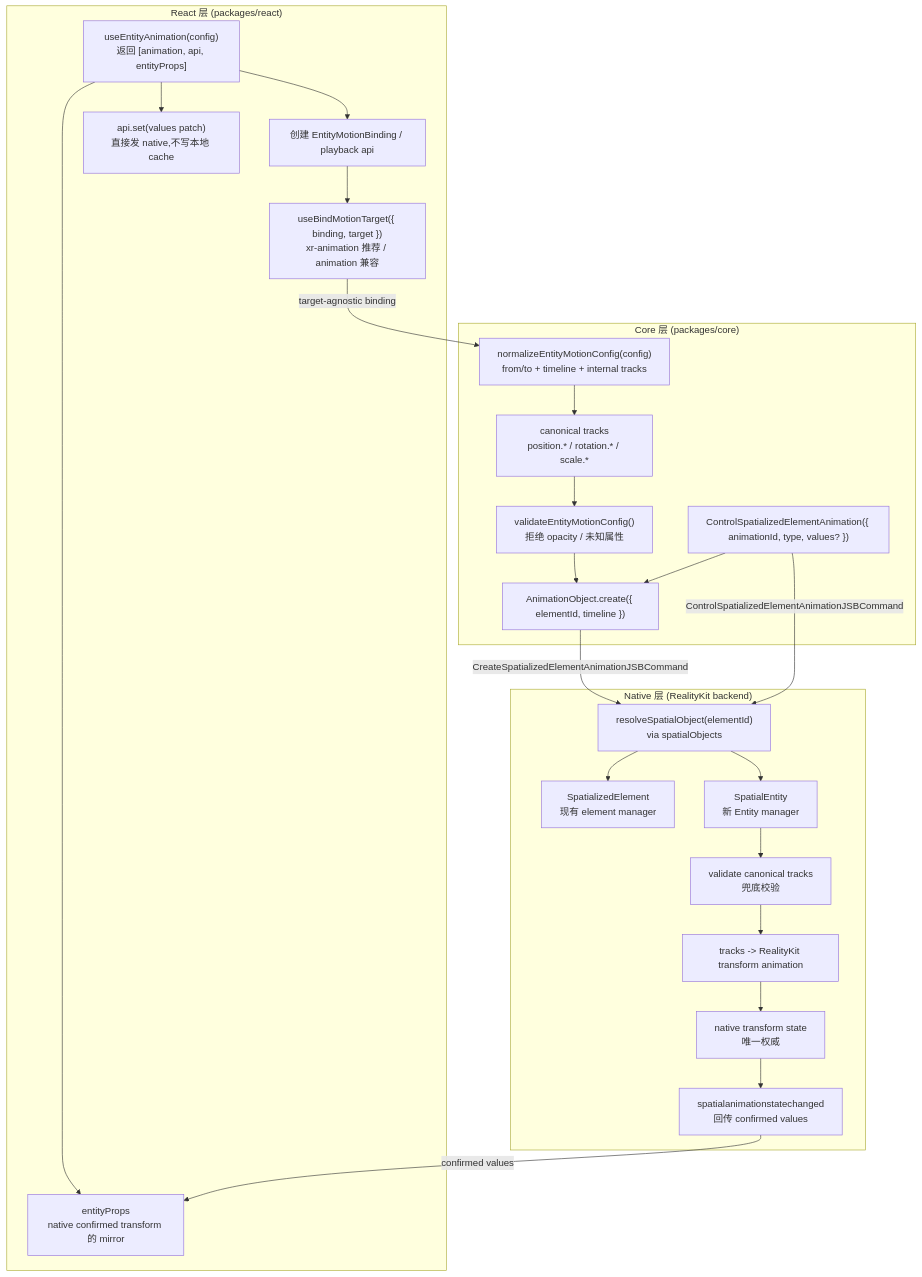
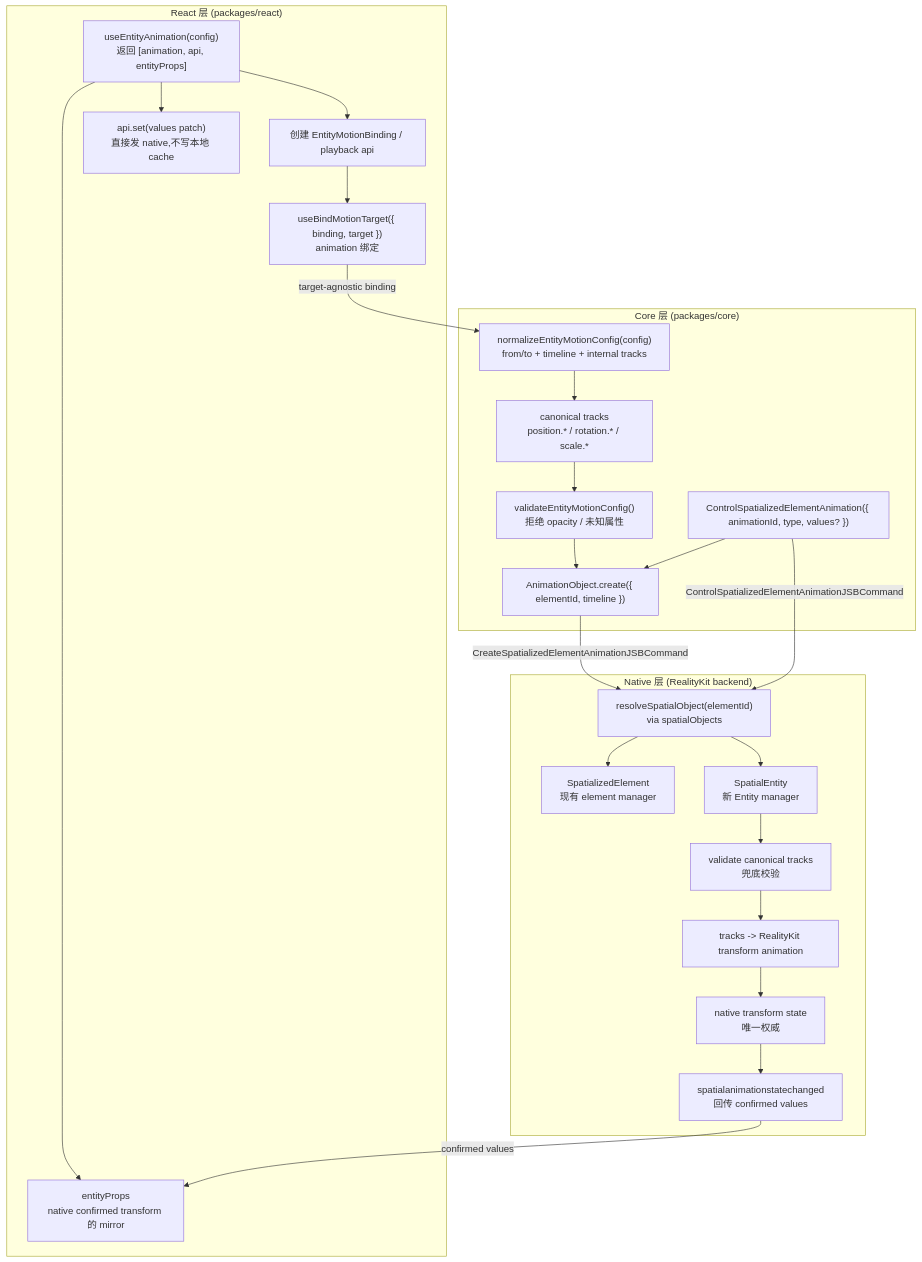
One commit to webspatial/webspatial-sdk changed the first of 11 diagrams in openspec/changes/redesign-entity-motion-api/design.zh.md. Above: the diagram before and after it, drawn with Mermaid. The commit also changed other lines of this file and 10 other files, not shown here.

````diff
--- a/openspec/changes/redesign-entity-motion-api/design.zh.md
+++ b/openspec/changes/redesign-entity-motion-api/design.zh.md
@@ -83,50 +83,50 @@
 ```mermaid
 flowchart TB
     subgraph React["React 层 (packages/react)"]
         UseEntity["useEntityAnimation(config)<br/>返回 [animation, api, entityProps]"]
         ReactBinding["创建 EntityMotionBinding / playback api"]
         EntityProps["entityProps<br/>native confirmed transform 的 mirror"]
         ApiSet["api.set(values patch)<br/>直接发 native,不写本地 cache"]
-        BindTarget["useBindMotionTarget({ binding, target })<br/>xr-animation 推荐 / animation 兼容"]
+        BindTarget["useBindMotionTarget({ binding, target })<br/>animation 绑定"]
 
         UseEntity --> ReactBinding
         UseEntity --> EntityProps
         UseEntity --> ApiSet
         ReactBinding --> BindTarget
     end
 
     subgraph Core["Core 层 (packages/core)"]
         Normalize["normalizeEntityMotionConfig(config)<br/>from/to + timeline + internal tracks"]
         Tracks["canonical tracks<br/>position.* / rotation.* / scale.*"]
         Validate["validateEntityMotionConfig()<br/>拒绝 opacity / 未知属性"]
         CreateObject["AnimationObject.create({ elementId, timeline })"]
         ControlObject["ControlSpatializedElementAnimation({ animationId, type, values? })"]
 
         Normalize --> Tracks
         Tracks --> Validate
         Validate --> CreateObject
         ControlObject --> CreateObject
     end
 
     subgraph Native["Native 层 (RealityKit backend)"]
         Resolve["resolveSpatialObject(elementId)<br/>via spatialObjects"]
         ElementAdapter["SpatializedElement<br/>现有 element manager"]
         EntityManager["SpatialEntity<br/>新 Entity manager"]
         NativeValidate["validate canonical tracks<br/>兜底校验"]
         Compile["tracks -> RealityKit transform animation"]
         Authority["native transform state<br/>唯一权威"]
         Event["spatialanimationstatechanged<br/>回传 confirmed values"]
 
         Resolve --> ElementAdapter
         Resolve --> EntityManager
         EntityManager --> NativeValidate
         NativeValidate --> Compile
         Compile --> Authority
         Authority --> Event
     end
 
     BindTarget -->|"target-agnostic binding"| Normalize
     CreateObject -->|"CreateSpatializedElementAnimationJSBCommand"| Resolve
     ControlObject -->|"ControlSpatializedElementAnimationJSBCommand"| Resolve
     Event -->|"confirmed values"| EntityProps
 ```
````
